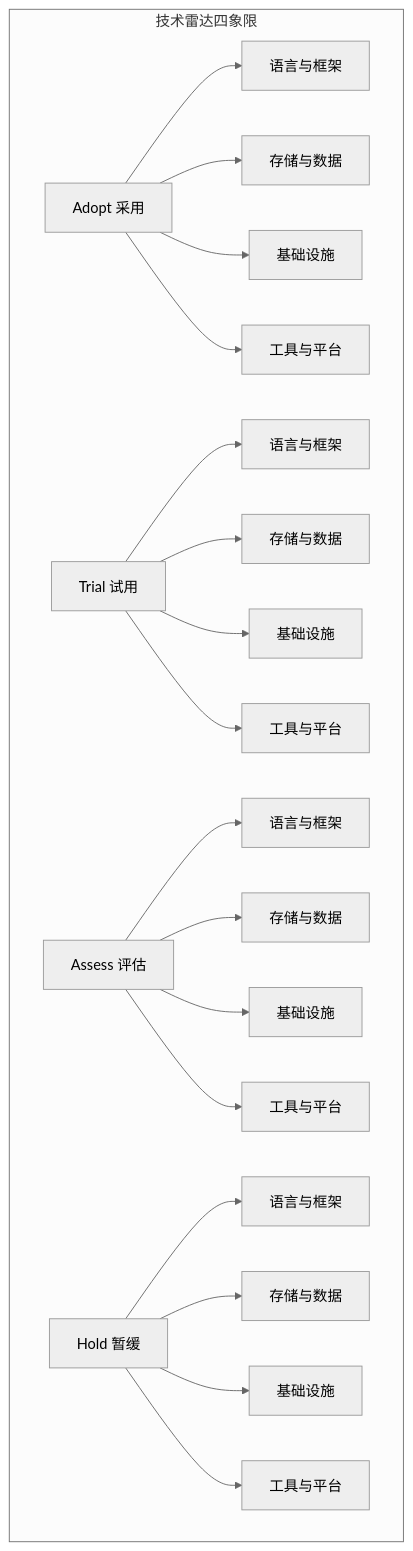
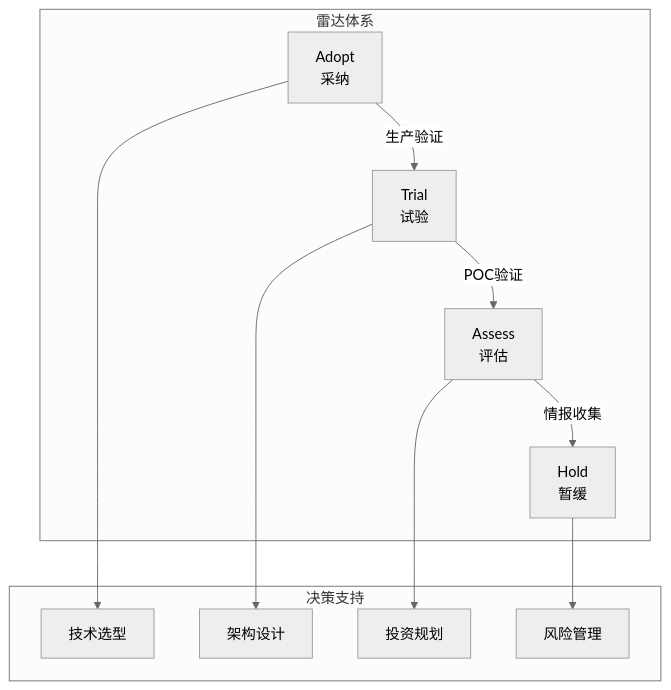
Before and after one commit to AdaMartin18010/AnalysisDataFlow: the first of 2 diagrams in TECH-RADAR/README.md, drawn with Mermaid (neutral theme). The commit also changed other lines of this file and 10 other files, not shown here.

````diff
--- a/TECH-RADAR/README.md
+++ b/TECH-RADAR/README.md
@@ -24,24 +13,20 @@
 ```mermaid
 graph TB
-    subgraph 技术雷达四象限
-        A[Adopt 采用] --> A1[语言与框架]
-        A --> A2[存储与数据]
-        A --> A3[基础设施]
-        A --> A4[工具与平台]
+    subgraph 雷达体系
+        A[Adopt<br/>采纳] -->|生产验证| B[Trial<br/>试验]
+        B -->|POC验证| C[Assess<br/>评估]
+        C -->|情报收集| D[Hold<br/>暂缓]
+    end
 
-        B[Trial 试用] --> B1[语言与框架]
-        B --> B2[存储与数据]
-        B --> B3[基础设施]
-        B --> B4[工具与平台]
+    subgraph 决策支持
+        E[技术选型]
+        F[架构设计]
+        G[投资规划]
+        H[风险管理]
+    end
 
-        C[Assess 评估] --> C1[语言与框架]
-        C --> C2[存储与数据]
-        C --> C3[基础设施]
-        C --> C4[工具与平台]
-
-        D[Hold 暂缓] --> D1[语言与框架]
-        D --> D2[存储与数据]
-        D --> D3[基础设施]
-        D --> D4[工具与平台]
-    end
+    A --> E
+    B --> F
+    C --> G
+    D --> H
 ```
````
